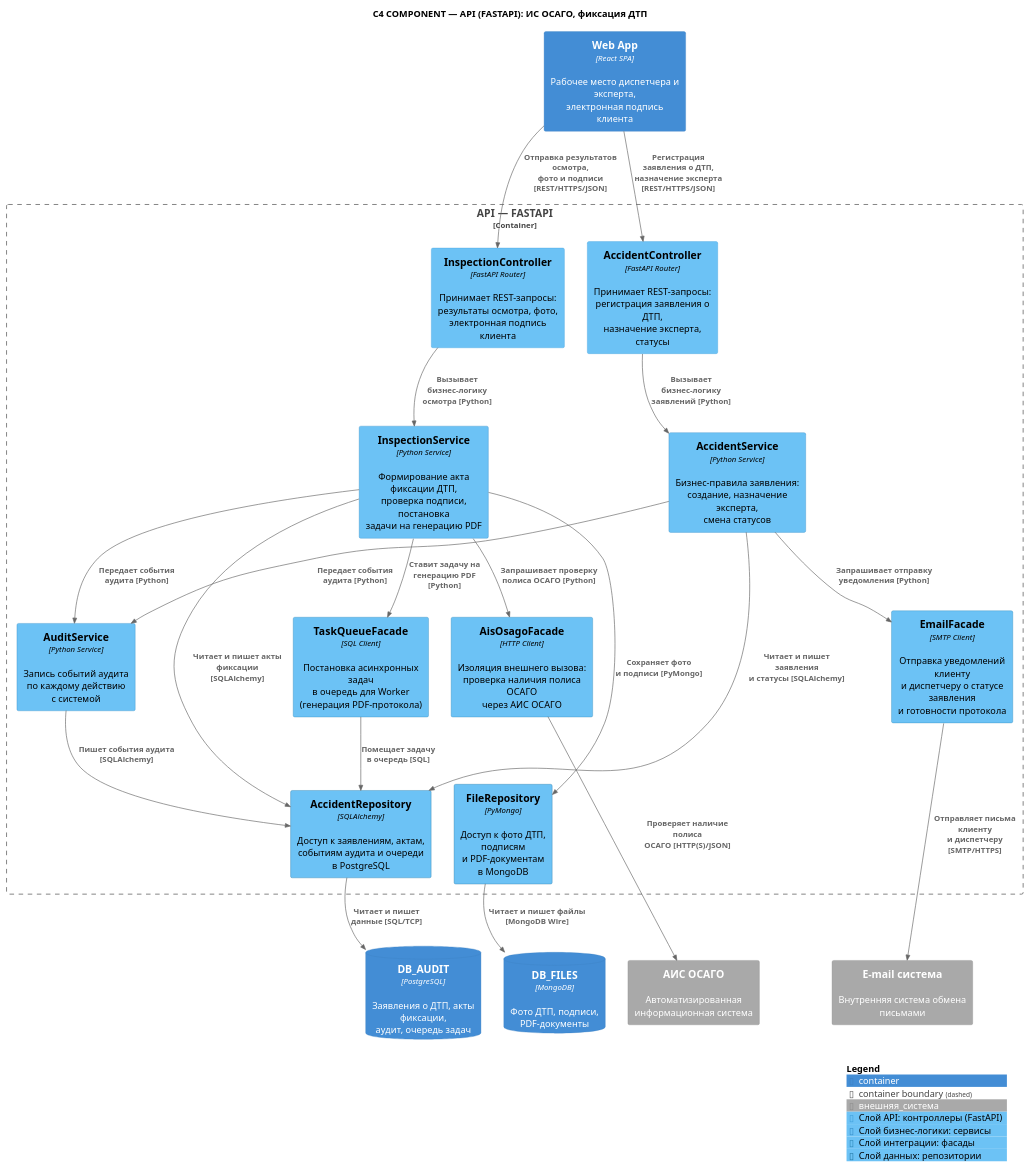
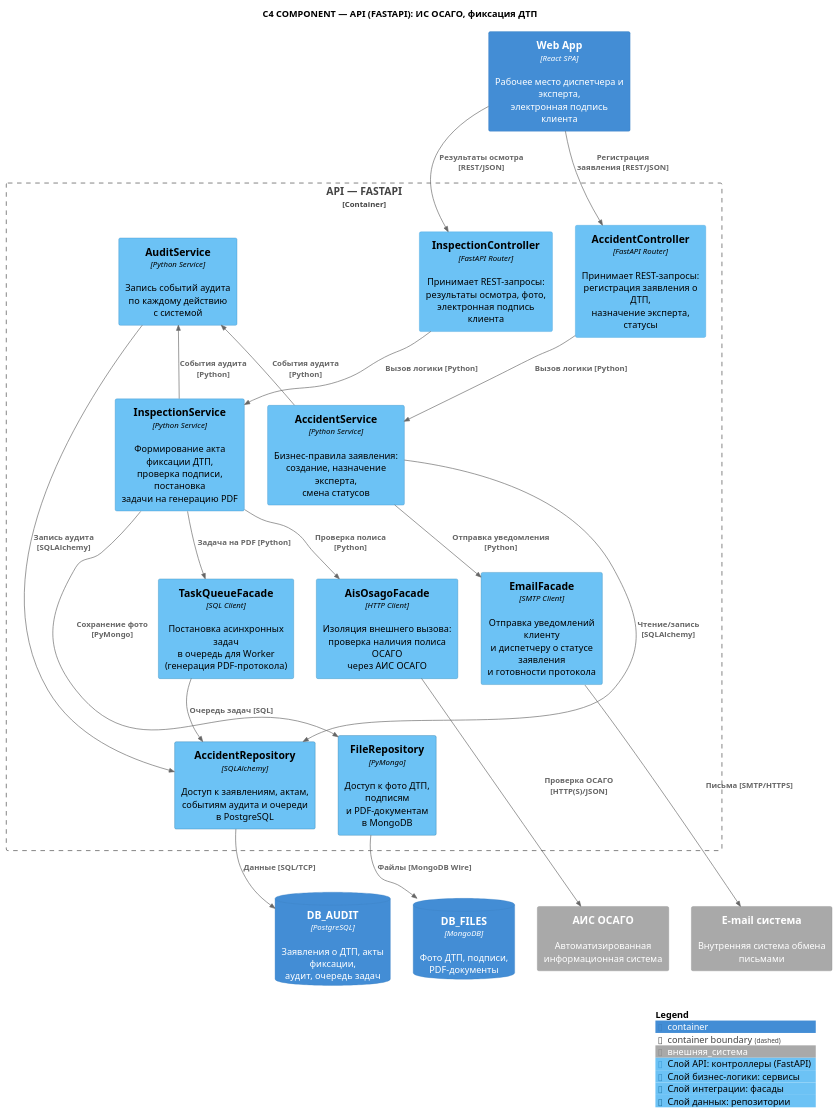
The diagram in docs_and_diagrams/Dima/component.puml (ElectricLight-ELO/Insurance-system), drawn with PlantUML before and after one commit.

Commit message:
emergency agent edit styles

```diff
--- a/docs_and_diagrams/Dima/component.puml
+++ b/docs_and_diagrams/Dima/component.puml
@@ -1,122 +1,139 @@
 @startuml
 !include https://raw.githubusercontent.com/plantuml-stdlib/C4-PlantUML/master/C4_Component.puml
 
 title C4 COMPONENT — API (FASTAPI): ИС ОСАГО, фиксация ДТП
 
-' === НАСТРОЙКА ЦВЕТОВ ===
-' Серые внешние системы (как в container-диаграмме)
+' === НАСТРОЙКА ЦВЕТОВ (БЕЗ ИЗМЕНЕНИЙ) ===
 AddSystemTag("внешняя_система", $bgColor="#A9A9A9", $borderColor="#8A8A8A", $fontColor="#FFFFFF")
 
-' Цвета слоев многослойной архитектуры
-' (все компоненты окрашены в #6cc2f5, слои различаются цветом рамки)
 AddComponentTag("api", $bgColor="#6cc2f5", $borderColor="#3A9BD8", $fontColor="#000000", $legendText="Слой API: контроллеры (FastAPI)")
 AddComponentTag("service", $bgColor="#6cc2f5", $borderColor="#2E86C1", $fontColor="#000000", $legendText="Слой бизнес-логики: сервисы")
 AddComponentTag("integration", $bgColor="#6cc2f5", $borderColor="#247FB0", $fontColor="#000000", $legendText="Слой интеграции: фасады")
 AddComponentTag("data", $bgColor="#6cc2f5", $borderColor="#1B6E9C", $fontColor="#000000", $legendText="Слой данных: репозитории")
 
 ' === ВЫЗЫВАЮЩИЙ КОНТЕЙНЕР (СВЕРХУ) ===
-
 Container(web_app, "Web App", "React SPA", "Рабочее место диспетчера и эксперта,\nэлектронная подпись клиента")
 
 ' === РАЗБИРАЕМЫЙ КОНТЕЙНЕР: API (FASTAPI) ===
-
 Container_Boundary(api, "API — FASTAPI") {
 
     ' --- Слой API / представления ---
-    Component(c_acc, "AccidentController", "FastAPI Router", "Принимает REST-запросы:\nрегистрация заявления о ДТП,\nназначение эксперта, статусы", $tags="api")
-
-    Component(c_insp, "InspectionController", "FastAPI Router", "Принимает REST-запросы:\nрезультаты осмотра, фото,\nэлектронная подпись клиента", $tags="api")
+    together {
+        Component(c_insp, "InspectionController", "FastAPI Router", "Принимает REST-запросы:\nрезультаты осмотра, фото,\nэлектронная подпись клиента", $tags="api")
+        Component(c_acc, "AccidentController", "FastAPI Router", "Принимает REST-запросы:\nрегистрация заявления о ДТП,\nназначение эксперта, статусы", $tags="api")
+    }
 
     ' --- Слой бизнес-логики ---
-    Component(s_acc, "AccidentService", "Python Service", "Бизнес-правила заявления:\nсоздание, назначение эксперта,\nсмена статусов", $tags="service")
-
-    Component(s_insp, "InspectionService", "Python Service", "Формирование акта фиксации ДТП,\nпроверка подписи, постановка\nзадачи на генерацию PDF", $tags="service")
-
-    Component(s_audit, "AuditService", "Python Service", "Запись событий аудита\nпо каждому действию\nс системой", $tags="service")
+    ' ВАЖНО: Ставим AuditService ПЕРВЫМ, чтобы он был слева, и связываем его right-связью
+    together {
+        Component(s_audit, "AuditService", "Python Service", "Запись событий аудита\nпо каждому действию\nс системой", $tags="service")
+        Component(s_insp, "InspectionService", "Python Service", "Формирование акта фиксации ДТП,\nпроверка подписи, постановка\nзадачи на генерацию PDF", $tags="service")
+        Component(s_acc, "AccidentService", "Python Service", "Бизнес-правила заявления:\nсоздание, назначение эксперта,\nсмена статусов", $tags="service")
+    }
 
     ' --- Слой интеграции ---
-    Component(f_ais, "AisOsagoFacade", "HTTP Client", "Изоляция внешнего вызова:\nпроверка наличия полиса ОСАГО\nчерез АИС ОСАГО", $tags="integration")
-
-    Component(f_task, "TaskQueueFacade", "SQL Client", "Постановка асинхронных задач\nв очередь для Worker\n(генерация PDF-протокола)", $tags="integration")
-
-    Component(f_email, "EmailFacade", "SMTP Client", "Отправка уведомлений клиенту\nи диспетчеру о статусе заявления\nи готовности протокола", $tags="integration")
+    together {
+        Component(f_task, "TaskQueueFacade", "SQL Client", "Постановка асинхронных задач\nв очередь для Worker\n(генерация PDF-протокола)", $tags="integration")
+        Component(f_ais, "AisOsagoFacade", "HTTP Client", "Изоляция внешнего вызова:\nпроверка наличия полиса ОСАГО\nчерез АИС ОСАГО", $tags="integration")
+        Component(f_email, "EmailFacade", "SMTP Client", "Отправка уведомлений клиенту\nи диспетчеру о статусе заявления\nи готовности протокола", $tags="integration")
+    }
 
     ' --- Слой доступа к данным ---
-    Component(r_acc, "AccidentRepository", "SQLAlchemy", "Доступ к заявлениям, актам,\nсобытиям аудита и очереди\nв PostgreSQL", $tags="data")
-
-    Component(r_file, "FileRepository", "PyMongo", "Доступ к фото ДТП, подписям\nи PDF-документам\nв MongoDB", $tags="data")
+    together {
+        Component(r_acc, "AccidentRepository", "SQLAlchemy", "Доступ к заявлениям, актам,\nсобытиям аудита и очереди\nв PostgreSQL", $tags="data")
+        Component(r_file, "FileRepository", "PyMongo", "Доступ к фото ДТП, подписям\nи PDF-документам\nв MongoDB", $tags="data")
+    }
 }
 
 ' === ВНЕШНИЕ СИСТЕМЫ И БД (СНИЗУ) ===
+together {
+    ContainerDb(db_audit, "DB_AUDIT", "PostgreSQL", "Заявления о ДТП, акты фиксации,\nаудит, очередь задач")
+    ContainerDb(db_files, "DB_FILES", "MongoDB", "Фото ДТП, подписи,\nPDF-документы")
+}
+together {
+    System_Ext(ais_osago, "АИС ОСАГО", "Автоматизированная информационная система", $tags="внешняя_система")
+    System_Ext(email_sys, "E-mail система", "Внутренняя система обмена письмами", $tags="внешняя_система")
+}
 
-ContainerDb(db_audit, "DB_AUDIT", "PostgreSQL", "Заявления о ДТП, акты фиксации,\nаудит, очередь задач")
-ContainerDb(db_files, "DB_FILES", "MongoDB", "Фото ДТП, подписи,\nPDF-документы")
-System_Ext(ais_osago, "АИС ОСАГО", "Автоматизированная информационная система", $tags="внешняя_система")
-System_Ext(email_sys, "E-mail система", "Внутренняя система обмена письмами", $tags="внешняя_система")
-
-' === СВЯЗИ ===
+' === СВЯЗИ (RELATIONSHIPS) ===
 
 ' Web App -> Контроллеры
-Rel(web_app, c_acc, "Регистрация заявления о ДТП,\nназначение эксперта [REST/HTTPS/JSON]")
-Rel(web_app, c_insp, "Отправка результатов осмотра,\nфото и подписи [REST/HTTPS/JSON]")
+Rel(web_app, c_insp, "Результаты осмотра [REST/JSON]")
+Rel(web_app, c_acc, "Регистрация заявления [REST/JSON]")
 
 ' Контроллеры -> Сервисы
-Rel(c_acc, s_acc, "Вызывает бизнес-логику\nзаявлений [Python]")
-Rel(c_insp, s_insp, "Вызывает бизнес-логику\nосмотра [Python]")
+Rel(c_insp, s_insp, "Вызов логики [Python]")
+Rel(c_acc, s_acc, "Вызов логики [Python]")
 
-' Сервисы -> Аудит
-Rel(s_acc, s_audit, "Передает события аудита [Python]")
-Rel(s_insp, s_audit, "Передает события аудита [Python]")
+' Сервисы -> Аудит (теперь AuditService слева, стрелки будут короткими)
+Rel(s_insp, s_audit, "События аудита [Python]")
+Rel(s_acc, s_audit, "События аудита [Python]")
 
 ' Сервисы -> Фасады
-Rel(s_insp, f_ais, "Запрашивает проверку\nполиса ОСАГО [Python]")
-Rel(s_insp, f_task, "Ставит задачу на\nгенерацию PDF [Python]")
-Rel(s_acc, f_email, "Запрашивает отправку\nуведомления [Python]")
+Rel(s_insp, f_task, "Задача на PDF [Python]")
+Rel(s_insp, f_ais, "Проверка полиса [Python]")
+Rel(s_acc, f_email, "Отправка уведомления [Python]")
 
 ' Сервисы -> Репозитории
-Rel(s_acc, r_acc, "Читает и пишет заявления\nи статусы [SQLAlchemy]")
-Rel(s_insp, r_acc, "Читает и пишет акты\nфиксации [SQLAlchemy]")
-Rel(s_insp, r_file, "Сохраняет фото\nи подписи [PyMongo]")
-Rel(s_audit, r_acc, "Пишет события аудита [SQLAlchemy]")
+Rel(s_acc, r_acc, "Чтение/запись [SQLAlchemy]")
+Rel(s_insp, r_file, "Сохранение фото [PyMongo]")
+Rel(s_audit, r_acc, "Запись аудита [SQLAlchemy]")
 
 ' Фасад -> Репозиторий
-Rel(f_task, r_acc, "Помещает задачу\nв очередь [SQL]")
+Rel(f_task, r_acc, "Очередь задач [SQL]")
 
 ' Репозитории -> БД
-Rel(r_acc, db_audit, "Читает и пишет данные [SQL/TCP]")
-Rel(r_file, db_files, "Читает и пишет файлы [MongoDB Wire]")
+Rel(r_acc, db_audit, "Данные [SQL/TCP]")
+Rel(r_file, db_files, "Файлы [MongoDB Wire]")
 
 ' Фасад -> Внешняя система
-Rel(f_ais, ais_osago, "Проверяет наличие полиса\nОСАГО [HTTP(S)/JSON]")
-Rel(f_email, email_sys, "Отправляет письма клиенту\nи диспетчеру [SMTP/HTTPS]")
+Rel(f_ais, ais_osago, "Проверка ОСАГО [HTTP(S)/JSON]")
+Rel(f_email, email_sys, "Письма [SMTP/HTTPS]")
 
-' === УПРАВЛЕНИЕ LAYOUT (скрытые связи) ===
-' Слой контроллеров
-c_acc -[hidden]right- c_insp
-' Слой сервисов
-s_acc -[hidden]right- s_insp
-s_insp -[hidden]right- s_audit
-' Переход между слоями
-c_acc -[hidden]down- s_acc
-c_insp -[hidden]down- s_insp
-' Слой фасадов
-f_ais -[hidden]right- f_task
-f_task -[hidden]right- f_email
-s_acc -[hidden]down- f_email
-s_insp -[hidden]down- f_task
-' Слой репозиториев
+' === УПРАВЛЕНИЕ LAYOUT (СКРЫТЫЕ СВЯЗИ) ===
+' ЖЕСТКАЯ СЕТКА: ЭТО ГЛАВНОЕ ИСПРАВЛЕНИЕ
+
+' 1. Выстраиваем контроллеры в ряд (Inspection слева, Accident справа)
+c_insp -[hidden]right- c_acc
+
+' 2. Выстраиваем сервисы в ряд (Audit слева, Inspection в центре, Accident справа)
+s_audit -[hidden]right- s_insp
+s_insp -[hidden]right- s_acc
+
+' 3. Выстраиваем фасады в ряд (Task в центре, Ais справа, Email под Accident)
+f_task -[hidden]right- f_ais
+f_ais -[hidden]right- f_email
+
+' 4. Выстраиваем репозитории в ряд
 r_acc -[hidden]right- r_file
-f_ais -[hidden]down- r_acc
-f_task -[hidden]down- r_file
-' Внешнее окружение
-web_app -[hidden]down- c_acc
-r_acc -[hidden]down- db_audit
-r_file -[hidden]down- db_files
+
+' 5. Выстраиваем БД и внешние системы в ряд
 db_audit -[hidden]right- db_files
 db_files -[hidden]right- ais_osago
 ais_osago -[hidden]right- email_sys
+
+' 6. Вертикальные связи для жесткой иерархии слоев
+' Контроллеры строго над сервисами
+c_insp -[hidden]down- s_insp
+c_acc -[hidden]down- s_acc
+
+' Сервисы строго над фасадами
+s_insp -[hidden]down- f_task
+s_acc -[hidden]down- f_ais
+
+' Фасады строго над репозиториями
+f_task -[hidden]down- r_acc
+f_ais -[hidden]down- r_file
+
+' Репозитории строго над БД
+r_acc -[hidden]down- db_audit
+r_file -[hidden]down- db_files
+
+' Web App строго над контроллерами
+web_app -[hidden]down- c_insp
+web_app -[hidden]down- c_acc
 
 ' === ЛЕГЕНДА ===
 SHOW_LEGEND()
 
 @enduml
```
